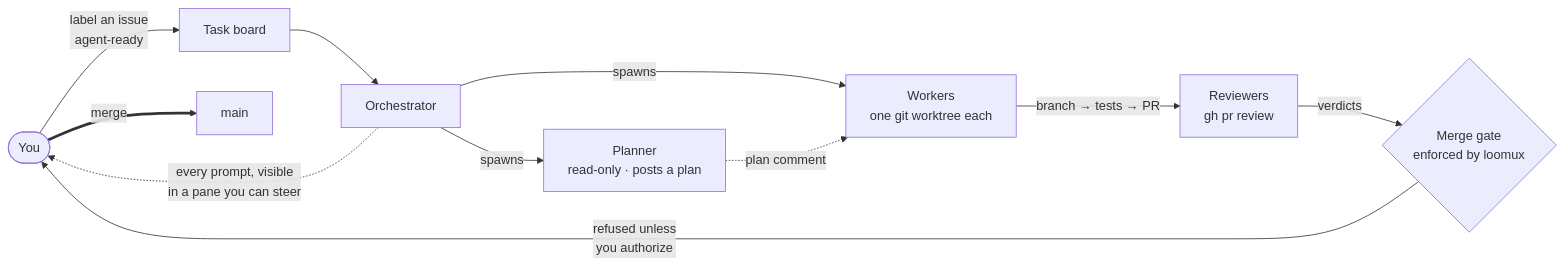
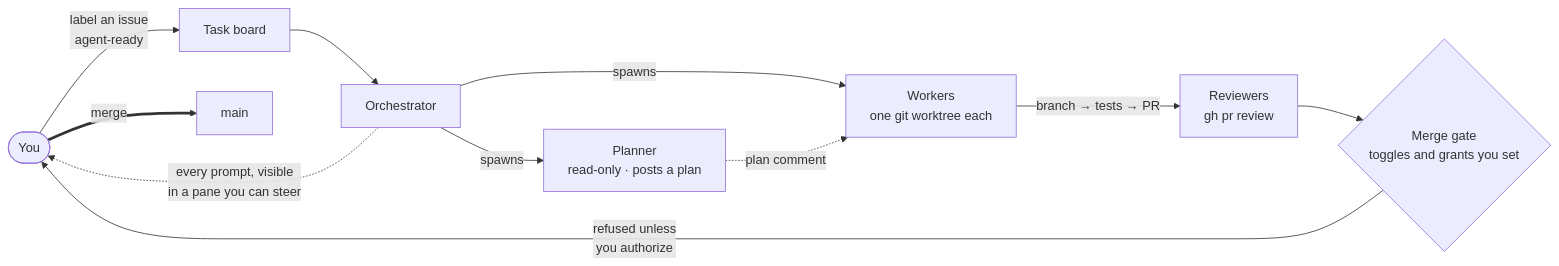
One commit to willem445/loomux changed the diagram in README.md. Above: the diagram before and after it, drawn with Mermaid. The commit also changed other lines of this file and 2 other files, not shown here.

````diff
--- a/README.md
+++ b/README.md
@@ -96,13 +102,13 @@
 ```mermaid
 flowchart LR
     You(["You"]) -->|"label an issue<br/>agent-ready"| Board["Task board"]
     Board --> Orch["Orchestrator"]
     Orch -->|"spawns"| Plan["Planner<br/>read-only · posts a plan"]
     Orch -->|"spawns"| Work["Workers<br/>one git worktree each"]
     Plan -.->|"plan comment"| Work
     Work -->|"branch → tests → PR"| Rev["Reviewers<br/>gh pr review"]
-    Rev -->|"verdicts"| Gate{"Merge gate<br/>enforced by loomux"}
+    Rev --> Gate{"Merge gate<br/>toggles and grants you set"}
     Gate -->|"refused unless<br/>you authorize"| You
     You ==>|"merge"| Main["main"]
     Orch -.->|"every prompt, visible<br/>in a pane you can steer"| You
 ```
````
